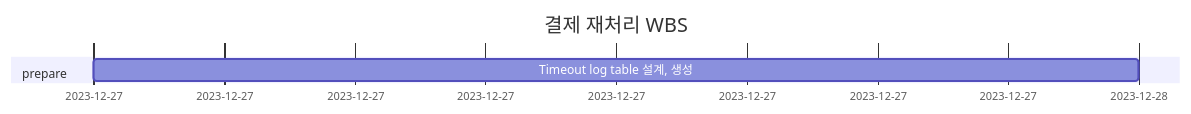
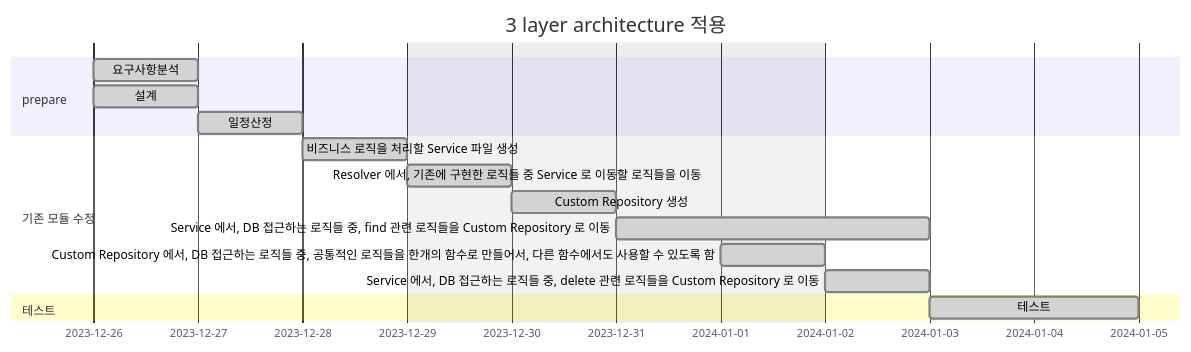
The fifth of 5 diagrams in WBS-shp7408-02.md (shp7408/career-wbs), drawn with Mermaid before and after one commit. The commit also changed other lines of this file and 1 other file, not shown here.

````diff
--- a/WBS-shp7408-02.md
+++ b/WBS-shp7408-02.md
@@ -137,18 +168,24 @@
 ```mermaid
 gantt
     dateFormat  YYYY-MM-DD
-    title       결제 재처리 WBS
-    excludes    weekends, 2023-12-25, 2024-01-01
+    title       3 layer architecture 적용
+    excludes    weekends, 2023-12-21, 2023-12-25, 2023-12-29, 2024-01-01, 2024-01-11, 2024-01-25
     %% (`excludes` accepts specific dates in YYYY-MM-DD format, days of the week ("sunday") or "weekends", but not the word "weekdays".)
 
     section prepare
-
-    Timeout log table 설계, 생성    :       des4, 2023-12-27, 1d
+    요구사항분석                                                :done,         des1, 2023-12-26, 0.5d
+    설계                                                      :done,         des2, 2023-12-26, 0.5d
+    일정산정                                                  :done,         des3, 2023-12-27, 1d
 
     section 기존 모듈 수정
-
-    section 신규 모듈 구현
+    비즈니스 로직을 처리할 Service 파일 생성                        :done,         des4, 2023-12-28, 1d
+    Resolver 에서, 기존에 구현한 로직들 중 Service 로 이동할 로직들을 이동 :done,         des5, 2023-12-29, 1d
+    Custom Repository 생성                                     :done,         des6, 2023-12-30, 0.5d
+    Service 에서, DB 접근하는 로직들 중, find 관련 로직들을 Custom Repository 로 이동 :done,         des7, 2023-12-31, 2d
+    Custom Repository 에서, DB 접근하는 로직들 중, 공통적인 로직들을 한개의 함수로 만들어서, 다른 함수에서도 사용할 수 있도록 함 :done,         des8, 2024-01-01, 1d
+    Service 에서, DB 접근하는 로직들 중, delete 관련 로직들을 Custom Repository 로 이동 :done,         des9, 2024-01-02, 1d
 
     section 테스트
+    테스트                                                    :done,         des10, 2024-01-03, 2d
 
 ```
````
